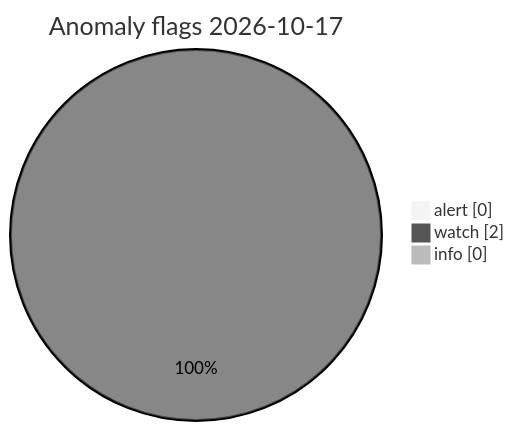
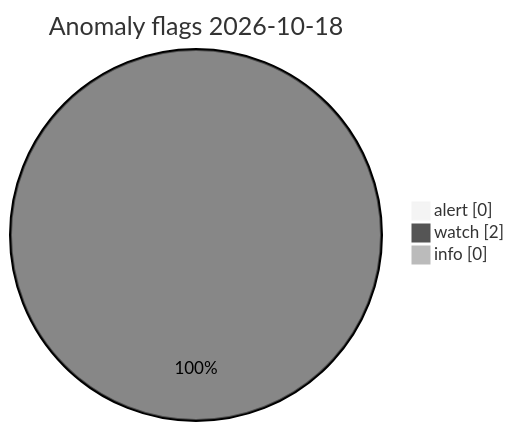
The diagram in visuals/latest/CHARTS.md (Midwest-Stratospheric/Unified-Open-Global-Weather), drawn with Mermaid (neutral theme) before and after one commit. The commit also changed other lines of this file and 23 other files, not shown here.

Commit message:
data(visuals): automated charts 2026-10-18T09:16Z

````diff
--- a/visuals/latest/CHARTS.md
+++ b/visuals/latest/CHARTS.md
@@ -73,7 +73,7 @@
 ```mermaid
 pie showData
-  title Anomaly flags 2026-10-17
+  title Anomaly flags 2026-10-18
   "alert" : 0
   "watch" : 2
   "info" : 0
 ```
````
